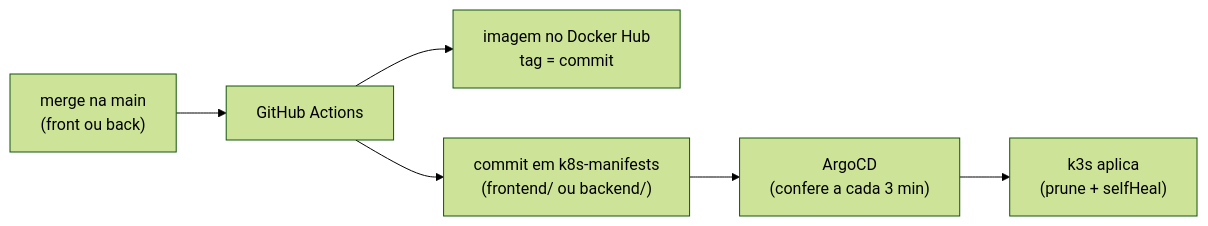
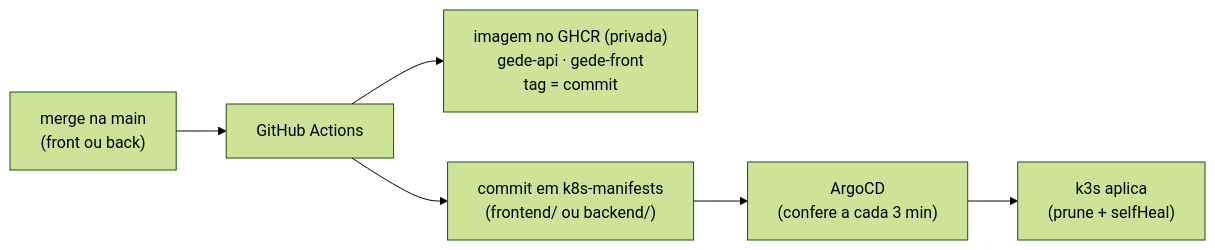
One commit to SeticDFGov/k8s-manifests changed the fourth of 4 diagrams in docs/arquitetura.md. Above: the diagram before and after it, drawn with Mermaid (forest theme). The commit also changed other lines of this file and 2 other files, not shown here.

First line of the commit message:
docs: imagens do GeDê no GHCR (versão 1.1)

````diff
--- a/docs/arquitetura.md
+++ b/docs/arquitetura.md
@@ -227,8 +226,8 @@
 ```mermaid
 flowchart LR
   dev["merge na main<br/>(front ou back)"] --> ci["GitHub Actions"]
-  ci --> img["imagem no Docker Hub<br/>tag = commit"]
+  ci --> img["imagem no GHCR (privada)<br/>gede-api · gede-front<br/>tag = commit"]
   ci --> tag["commit em k8s-manifests<br/>(frontend/ ou backend/)"]
   tag --> argo["ArgoCD<br/>(confere a cada 3 min)"]
   argo --> k3s["k3s aplica<br/>(prune + selfHeal)"]
 ```
````
